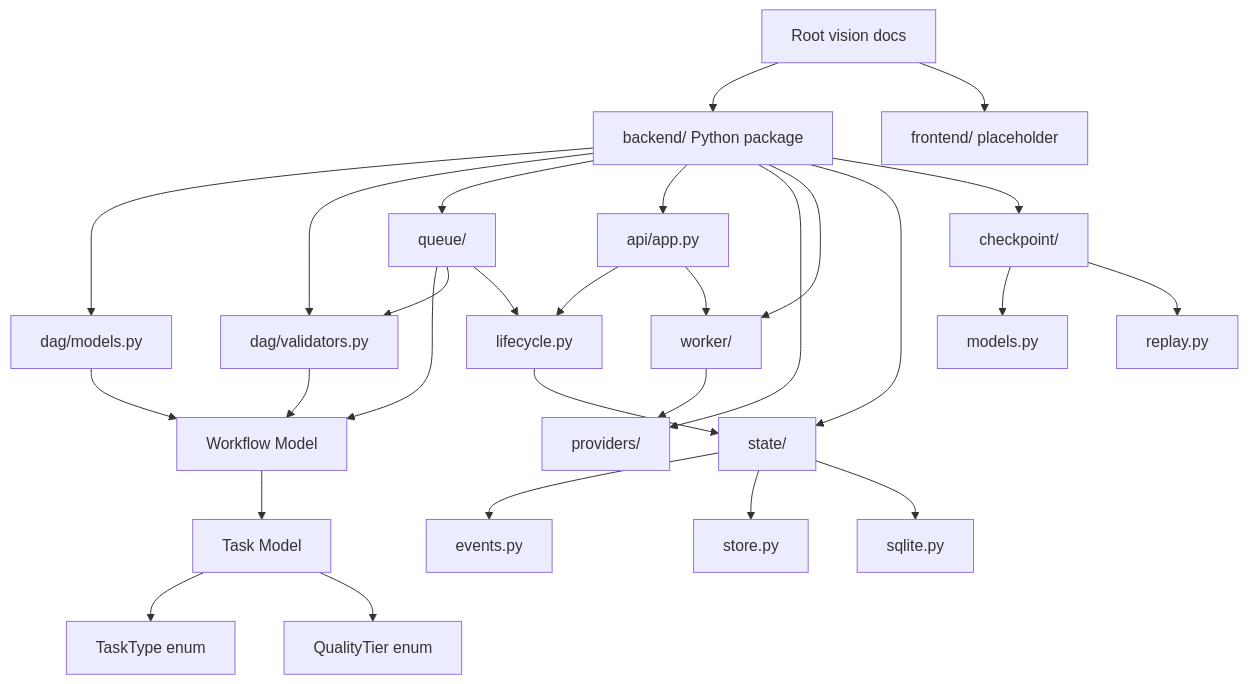
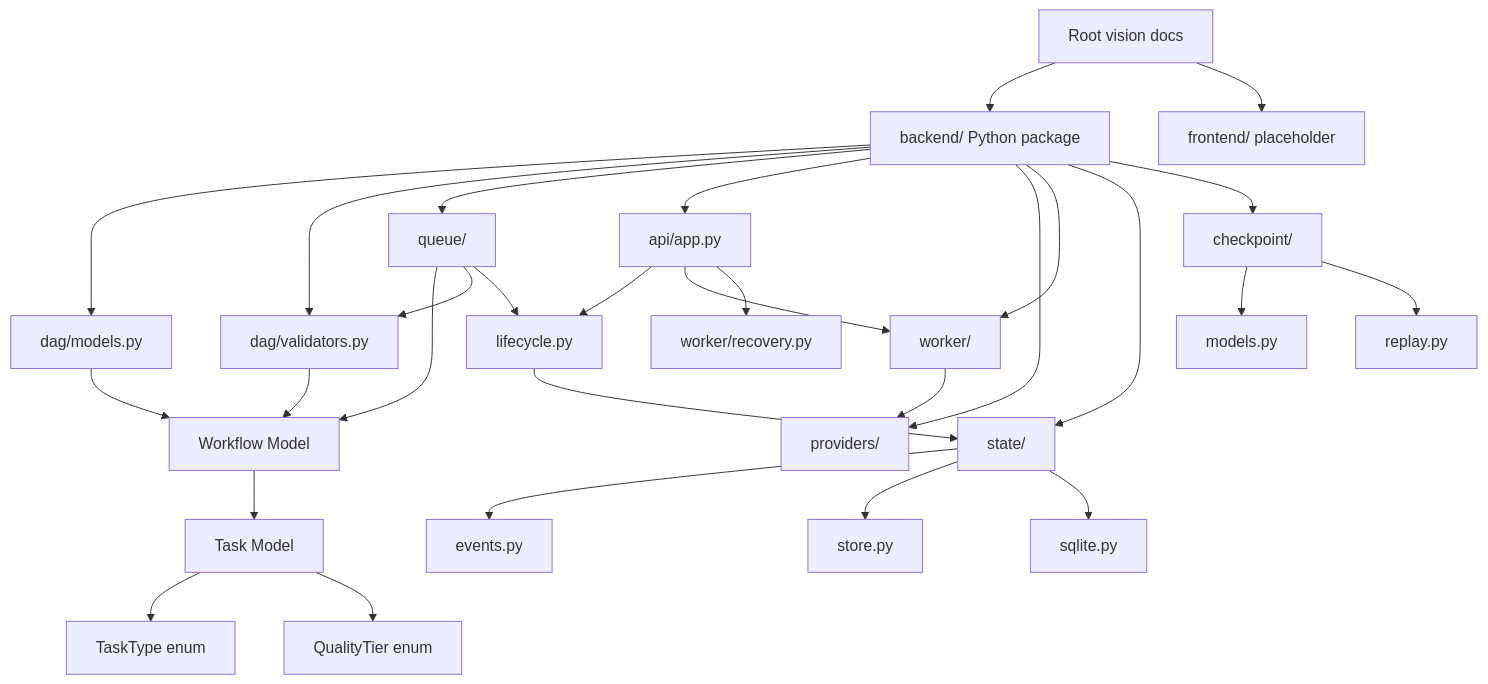
The first of 2 diagrams in docs/01_Architecture.md (knishkarora/Ather-OS), drawn with Mermaid before and after one commit. The commit also changed other lines of this file and 16 other files, not shown here.

````diff
--- a/docs/01_Architecture.md
+++ b/docs/01_Architecture.md
@@ -9,30 +9,31 @@
 ```mermaid
 flowchart TD
     Docs["Root vision docs"] --> Backend["backend/ Python package"]
     Docs --> Frontend["frontend/ placeholder"]
     Backend --> DAG["dag/models.py"]
     Backend --> Validator["dag/validators.py"]
     Backend --> Queue["queue/"]
     Backend --> API["api/app.py"]
     Backend --> Provider["providers/"]
     Backend --> Worker["worker/"]
     Backend --> State["state/"]
     Backend --> Checkpoint["checkpoint/"]
     DAG --> Workflow["Workflow Model"]
     Workflow --> Task["Task Model"]
     Task --> TaskType["TaskType enum"]
     Task --> QualityTier["QualityTier enum"]
     Validator --> Workflow
     Queue --> Workflow
     Queue --> Validator
     Queue --> Lifecycle["lifecycle.py"]
     API --> Lifecycle
     API --> Worker
+    API --> Recovery["worker/recovery.py"]
     Worker --> Provider
     Lifecycle --> State
     State --> Events["events.py"]
     State --> Store["store.py"]
     State --> SQLite["sqlite.py"]
     Checkpoint --> Projections["models.py"]
     Checkpoint --> Replay["replay.py"]
 ```
````
